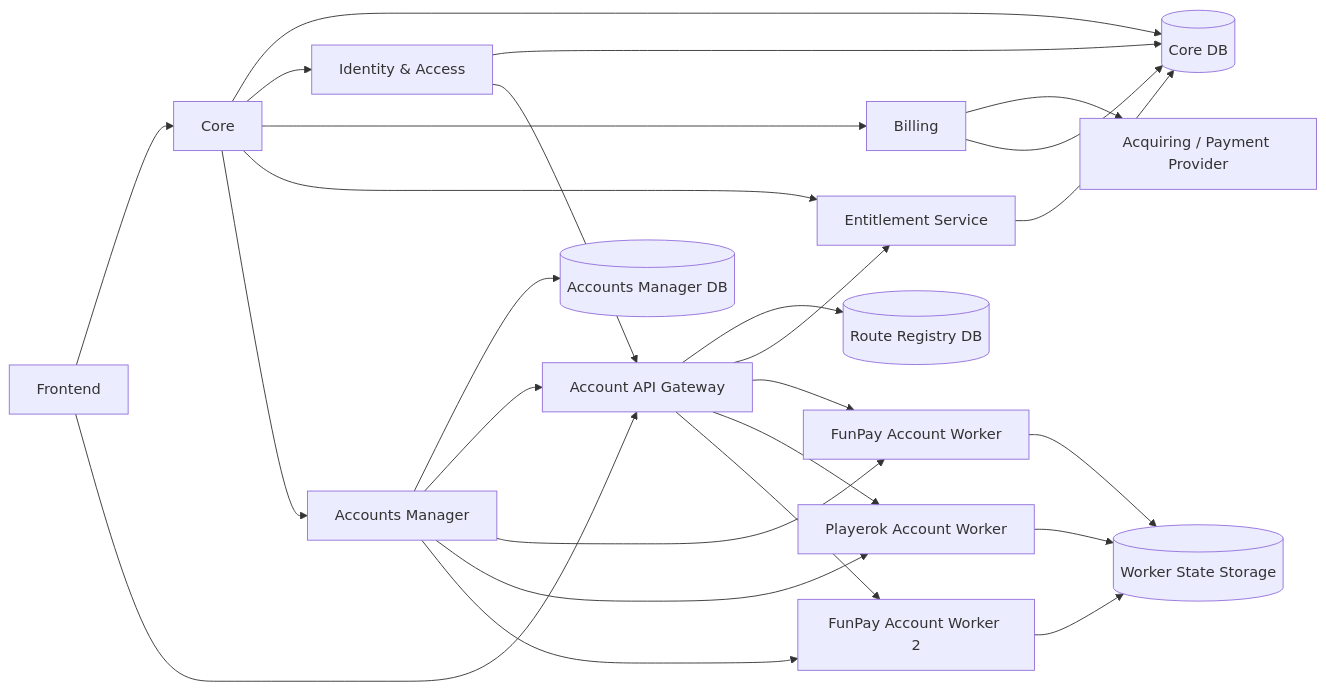
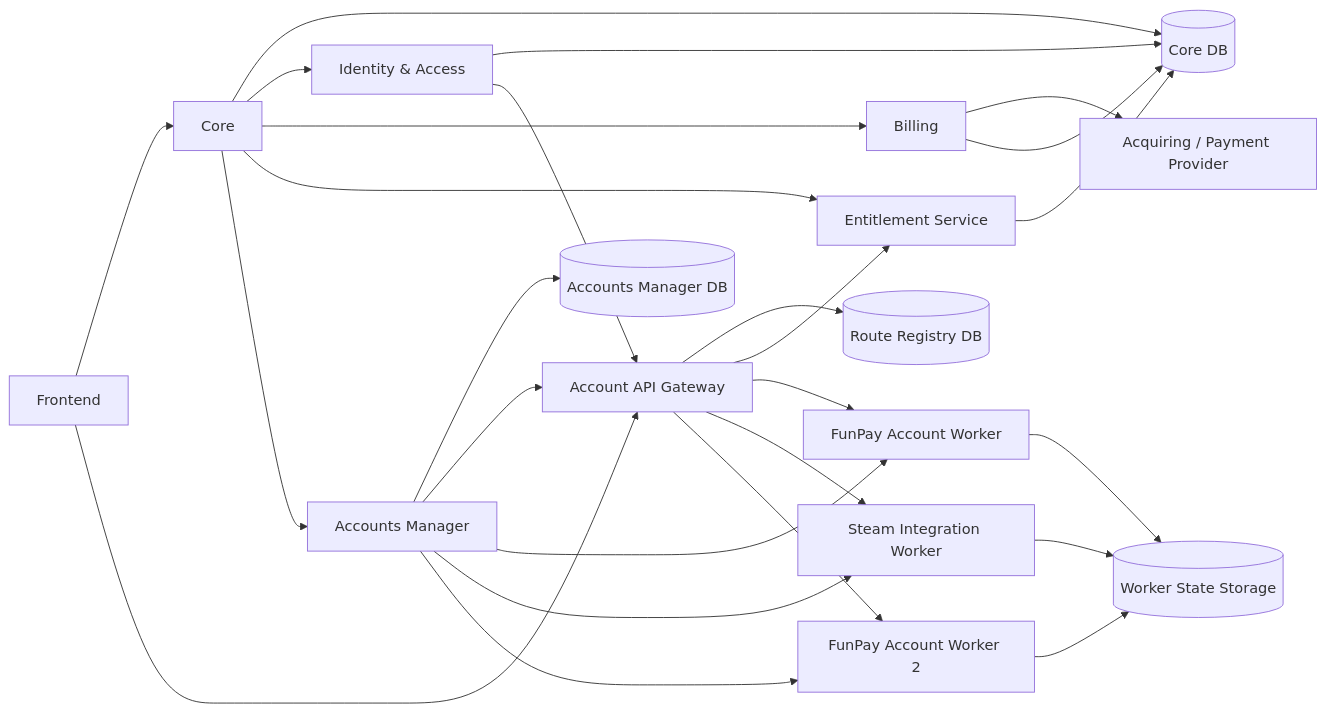
The first of 2 diagrams in docs/architecture_draft/00-overview.md (yakoodev/DigitalDealsCRM), drawn with Mermaid before and after one commit. The commit also changed 20 other files, not shown here.

Commit message:
feat: move steam integration to runtime container workflow

````diff
--- a/docs/architecture_draft/00-overview.md
+++ b/docs/architecture_draft/00-overview.md
@@ -44,34 +44,34 @@
 ```mermaid
 flowchart LR
     FE[Frontend] --> CORE[Core]
     FE --> GATE[Account API Gateway]
 
     CORE --> CDB[(Core DB)]
     CORE --> IAM[Identity & Access]
     CORE --> BILL[Billing]
     CORE --> ENT[Entitlement Service]
     CORE --> AM[Accounts Manager]
 
     BILL --> PAY[Acquiring / Payment Provider]
     BILL --> CDB
 
     ENT --> CDB
     IAM --> CDB
     IAM --> GATE
 
     AM --> ADB[(Accounts Manager DB)]
     AM --> GATE
     AM --> W1[FunPay Account Worker]
-    AM --> W2[Playerok Account Worker]
+    AM --> W2[Steam Integration Worker]
     AM --> W3[FunPay Account Worker 2]
 
     GATE --> RDB[(Route Registry DB)]
     GATE --> ENT
     GATE --> W1
     GATE --> W2
     GATE --> W3
 
     W1 --> WSTORE[(Worker State Storage)]
     W2 --> WSTORE
     W3 --> WSTORE
 ```
````
